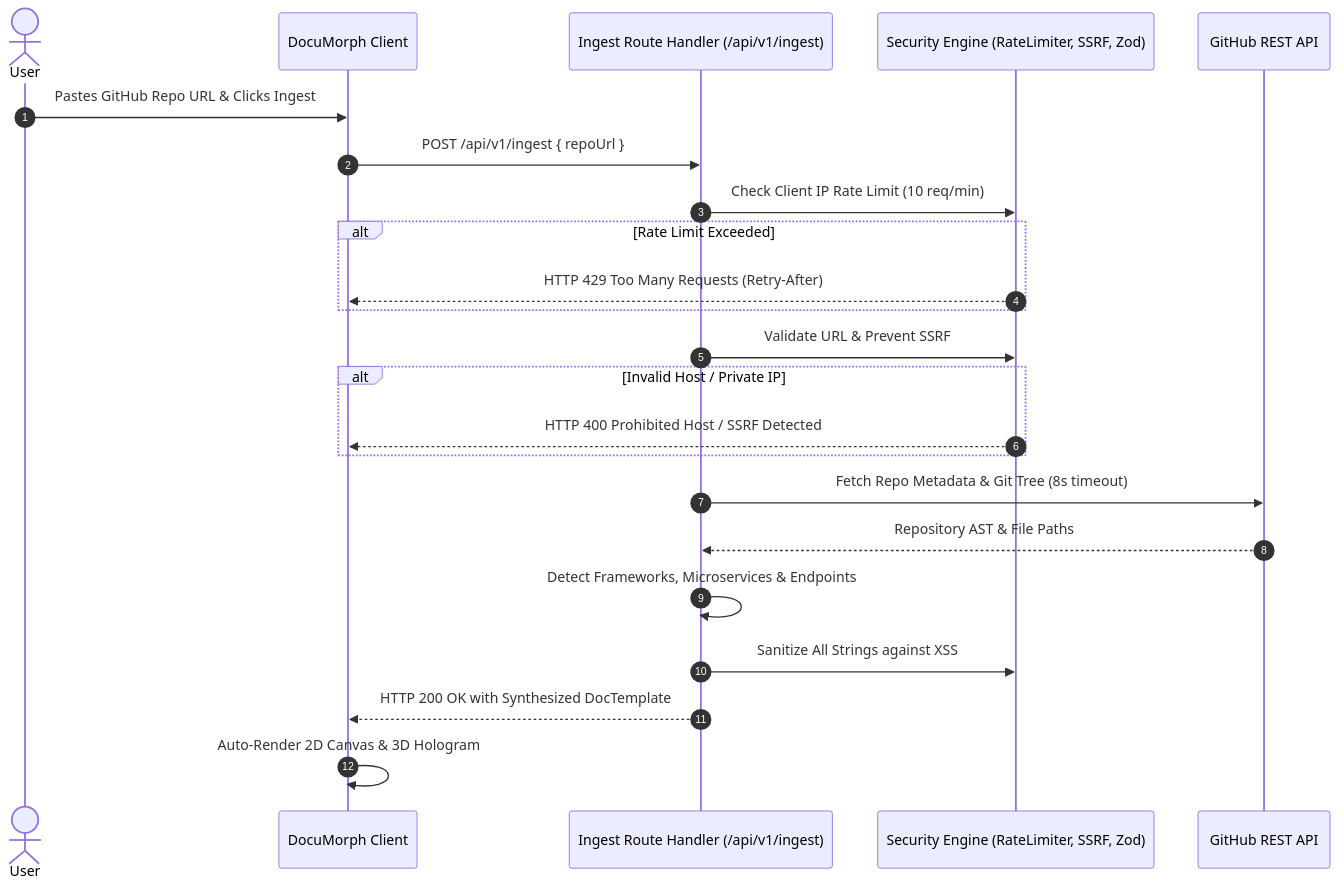
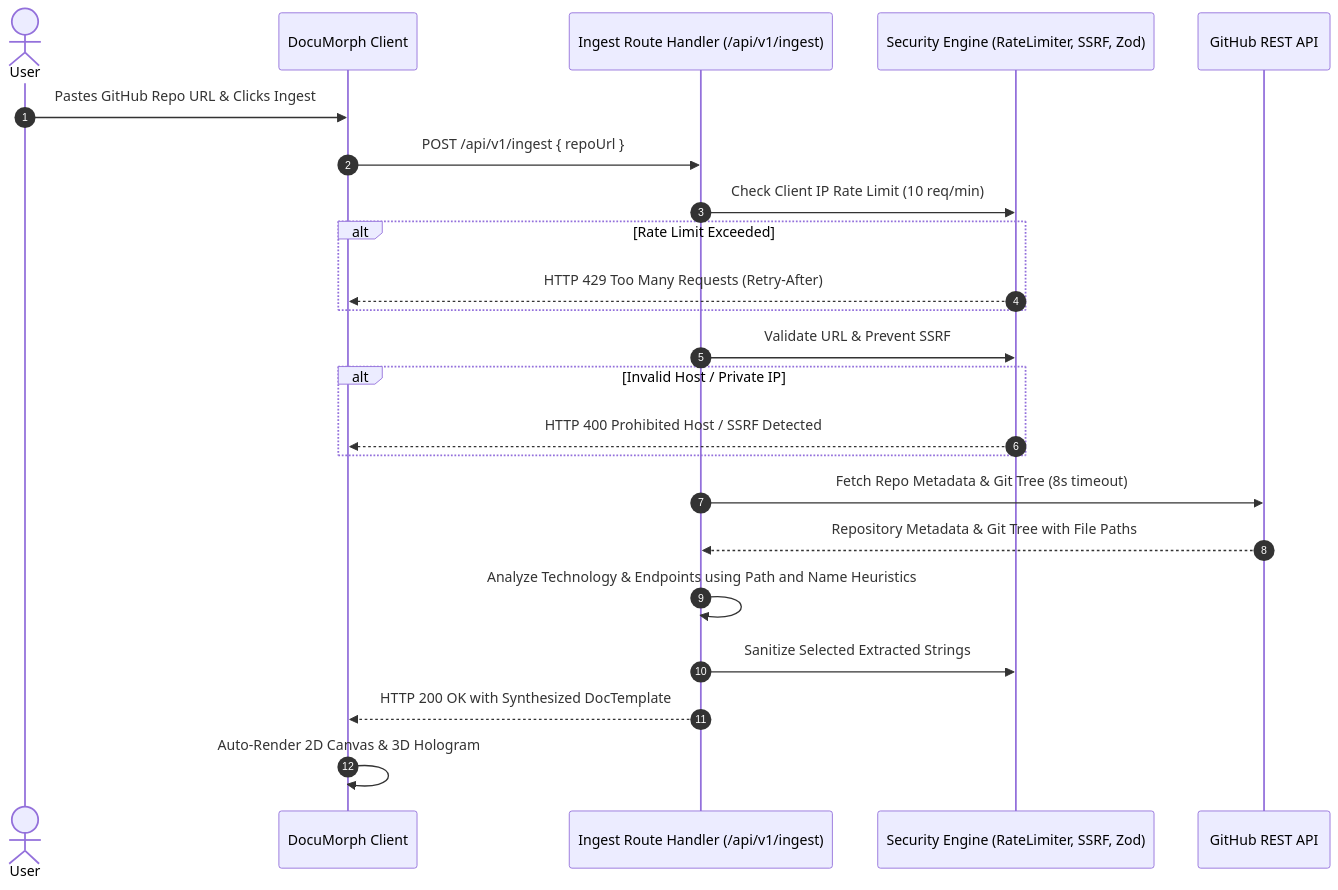
The diagram in docs/wiki/Code-Link-Ingestion-and-Security.md (SWAGAT10241/documorph), drawn with Mermaid before and after one commit. The commit also changed other lines of this file and 4 other files, not shown here.

````diff
--- a/docs/wiki/Code-Link-Ingestion-and-Security.md
+++ b/docs/wiki/Code-Link-Ingestion-and-Security.md
@@ -9,26 +9,26 @@
 ```mermaid
 sequenceDiagram
     autonumber
     actor User
     participant UI as DocuMorph Client
     participant API as Ingest Route Handler (/api/v1/ingest)
     participant Sec as Security Engine (RateLimiter, SSRF, Zod)
     participant GH as GitHub REST API
 
     User->>UI: Pastes GitHub Repo URL & Clicks Ingest
     UI->>API: POST /api/v1/ingest { repoUrl }
     API->>Sec: Check Client IP Rate Limit (10 req/min)
     alt Rate Limit Exceeded
         Sec-->>UI: HTTP 429 Too Many Requests (Retry-After)
     end
     API->>Sec: Validate URL & Prevent SSRF
     alt Invalid Host / Private IP
         Sec-->>UI: HTTP 400 Prohibited Host / SSRF Detected
     end
     API->>GH: Fetch Repo Metadata & Git Tree (8s timeout)
-    GH-->>API: Repository AST & File Paths
-    API->>API: Detect Frameworks, Microservices & Endpoints
-    API->>Sec: Sanitize All Strings against XSS
+    GH-->>API: Repository Metadata & Git Tree with File Paths
+    API->>API: Analyze Technology & Endpoints using Path and Name Heuristics
+    API->>Sec: Sanitize Selected Extracted Strings
     API-->>UI: HTTP 200 OK with Synthesized DocTemplate
     UI->>UI: Auto-Render 2D Canvas & 3D Hologram
 ```
````
